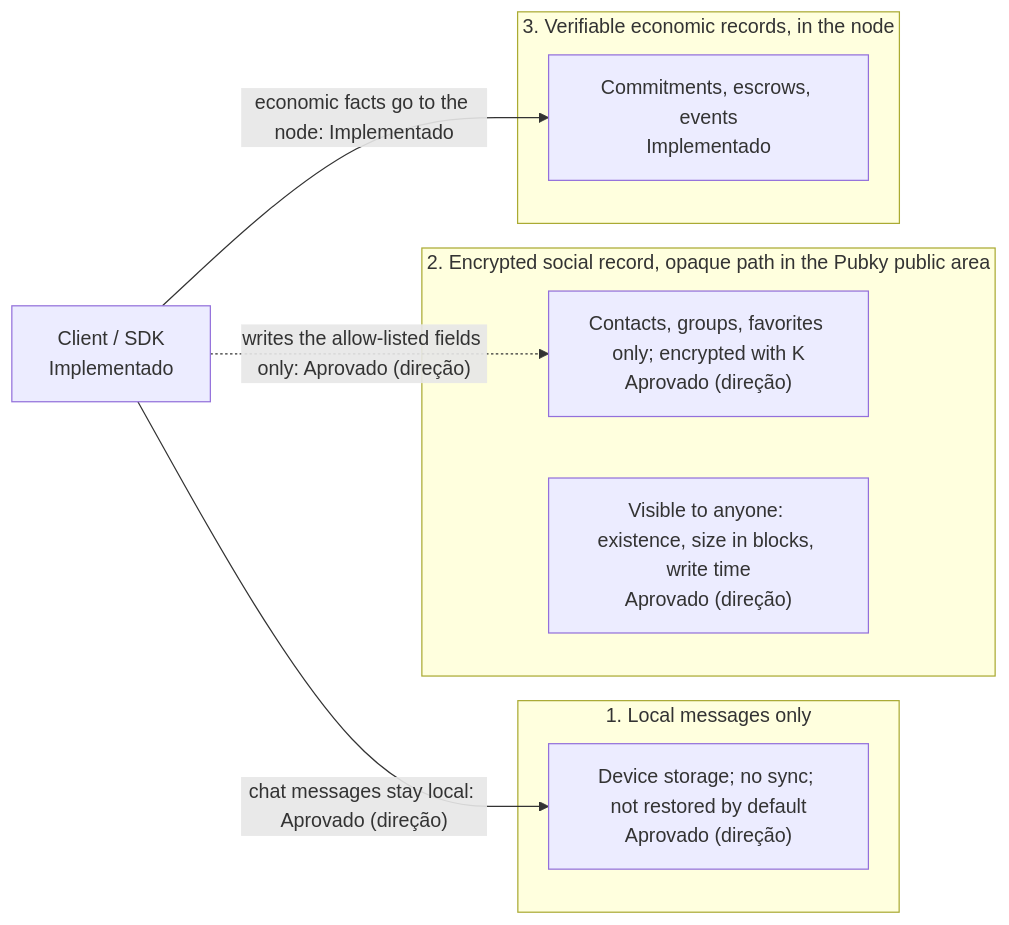
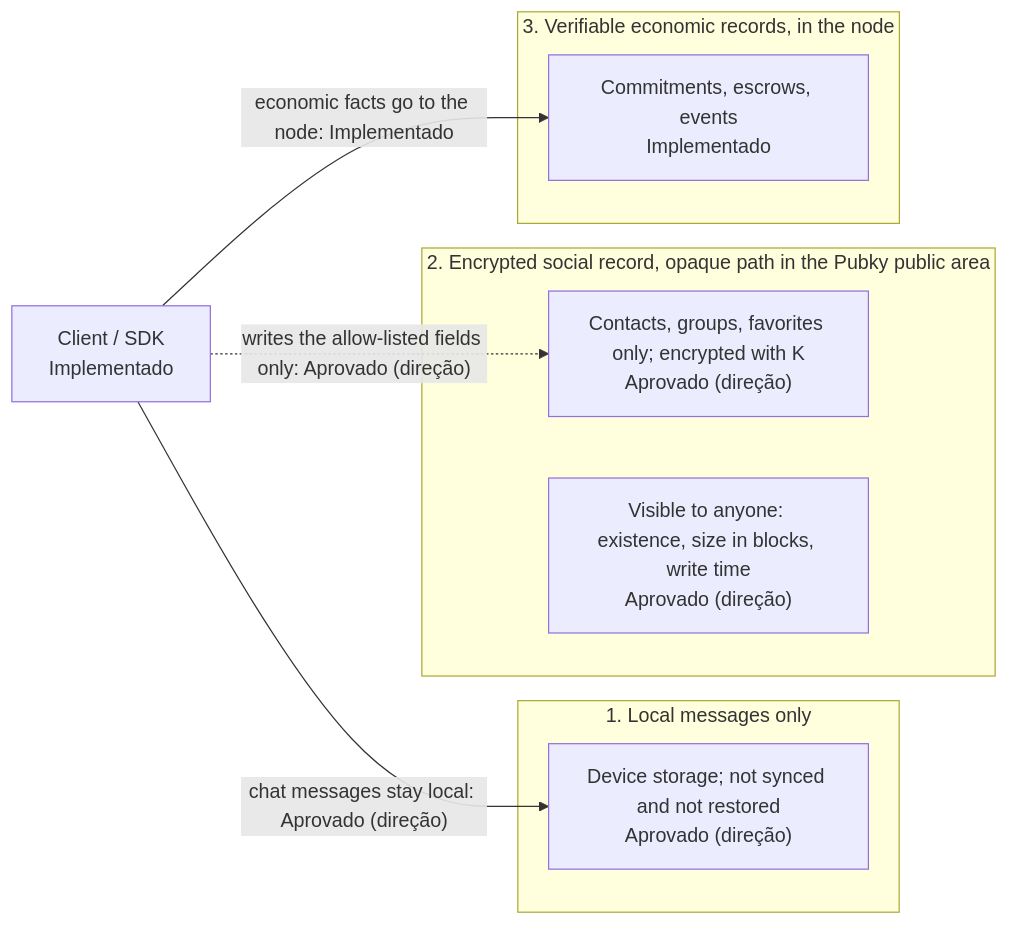
One commit to sails-protocol/Sails-Protocol changed the sixth of 6 diagrams in docs/SYSTEM_DESIGN.md. Above: the diagram before and after it, drawn with Mermaid. The commit also changed other lines of this file, not shown here.

Commit message:
docs: ajustes de segurança/precisão dos diagramas de identidade (GK)

````diff
--- a/docs/SYSTEM_DESIGN.md
+++ b/docs/SYSTEM_DESIGN.md
@@ -725,17 +726,17 @@
 ```mermaid
 flowchart LR
   subgraph M["1. Local messages only"]
-    M1["Device storage; no sync; not restored by default<br/>Aprovado (direção)"]
+    M1["Device storage; not synced and not restored<br/>Aprovado (direção)"]
   end
   subgraph S["2. Encrypted social record, opaque path in the Pubky public area"]
     S1["Contacts, groups, favorites only; encrypted with K<br/>Aprovado (direção)"]
     S2["Visible to anyone: existence, size in blocks, write time<br/>Aprovado (direção)"]
   end
   subgraph E["3. Verifiable economic records, in the node"]
     E1["Commitments, escrows, events<br/>Implementado"]
   end
   APP["Client / SDK<br/>Implementado"]
   APP -->|"chat messages stay local: Aprovado (direção)"| M1
   APP -.->|"writes the allow-listed fields only: Aprovado (direção)"| S1
   APP -->|"economic facts go to the node: Implementado"| E1
 ```
````
